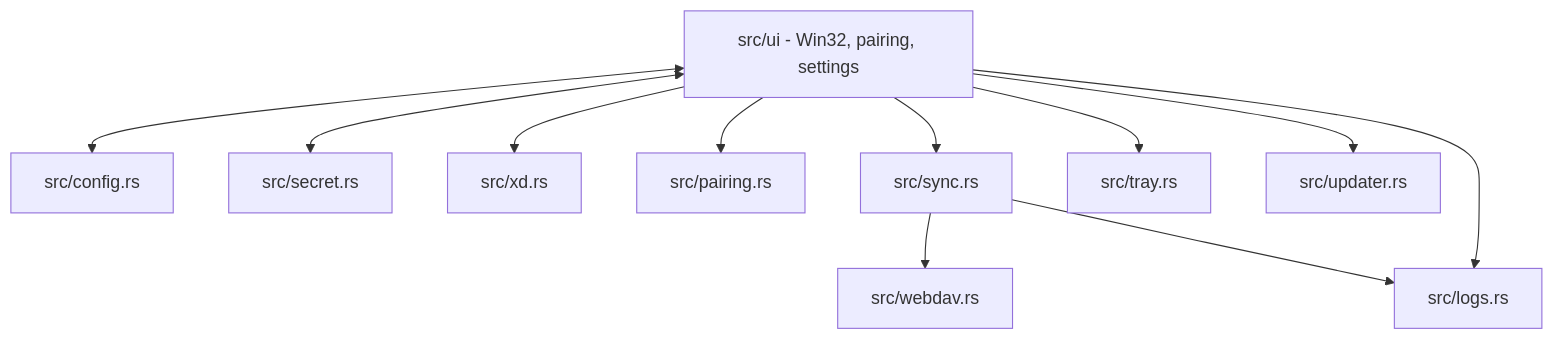
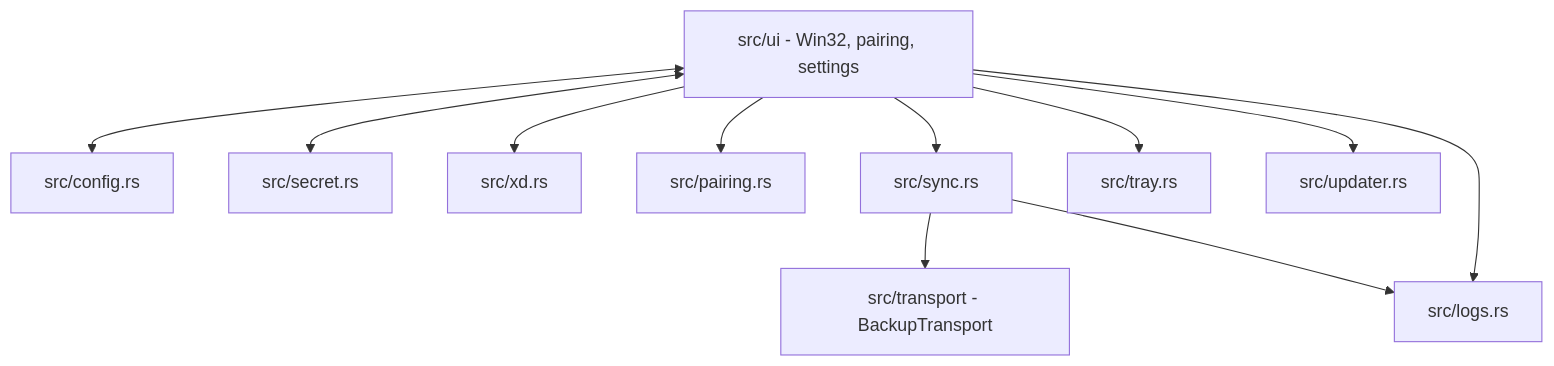
Before and after one commit to ruibeard/backup-sync-tool: the first of 3 diagrams in SPEC.md, drawn with Mermaid. The commit also changed other lines of this file and 30 other files, not shown here.

````diff
--- a/SPEC.md
+++ b/SPEC.md
@@ -18,24 +18,24 @@
 ```mermaid
 flowchart TD
     UI["src/ui - Win32, pairing, settings"]
     Config["src/config.rs"]
     Secret["src/secret.rs"]
     XD["src/xd.rs"]
     Pairing["src/pairing.rs"]
     Sync["src/sync.rs"]
-    WebDAV["src/webdav.rs"]
+    Transport["src/transport - BackupTransport"]
     Tray["src/tray.rs"]
     Updater["src/updater.rs"]
     Logs["src/logs.rs"]
 
     UI <--> Config
     UI <--> Secret
     UI --> XD
     UI --> Pairing
     UI --> Sync
     UI --> Tray
     UI --> Updater
     UI --> Logs
-    Sync --> WebDAV
+    Sync --> Transport
     Sync --> Logs
 ```
````
